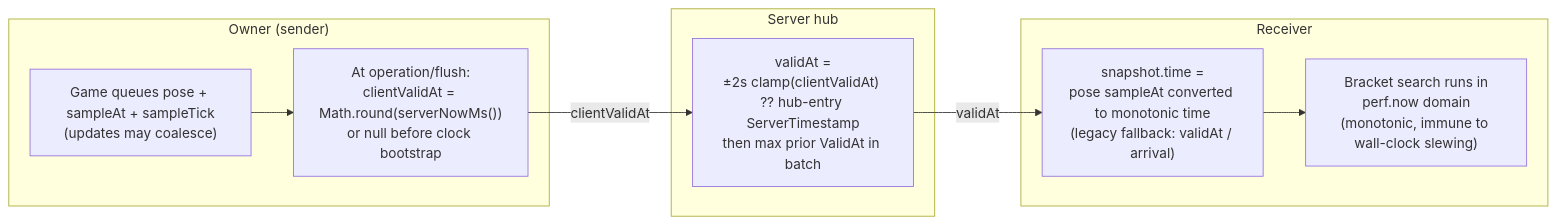
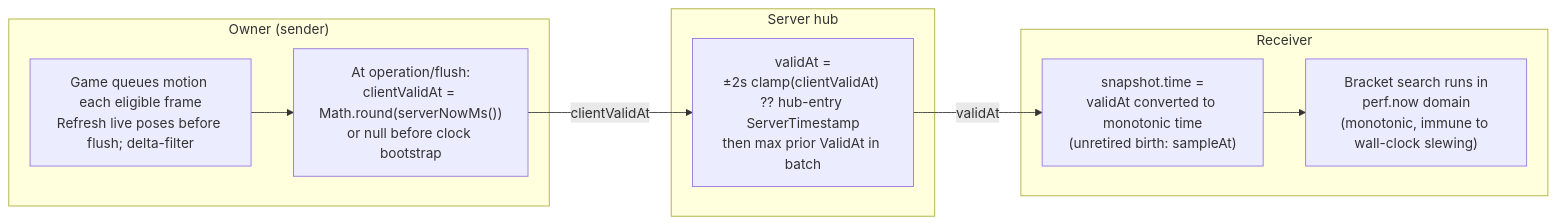
One commit to badvoidstar/astervoids changed diagram 24 of 36 in ARCHITECTURE.md. Above: the diagram before and after it, drawn with Mermaid. The commit also changed other lines of this file and 10 other files, not shown here.

Commit message:
Restore compact recurring payloads and refresh queued motion at flush

````diff
--- a/ARCHITECTURE.md
+++ b/ARCHITECTURE.md
@@ -1112,21 +1124,21 @@
 ```mermaid
 flowchart LR
     subgraph "Owner (sender)"
-        QUEUE["Game queues pose + sampleAt + sampleTick<br/>(updates may coalesce)"]
+        QUEUE["Game queues motion each eligible frame<br/>Refresh live poses before flush; delta-filter"]
         STAMP["At operation/flush:<br/>clientValidAt = Math.round(serverNowMs())<br/>or null before clock bootstrap"]
         QUEUE --> STAMP
     end
 
     subgraph "Server hub"
         CLAMP["validAt =<br/>±2s clamp(clientValidAt) ?? hub-entry ServerTimestamp<br/>then max prior ValidAt in batch"]
     end
 
     subgraph "Receiver"
-        CONV["snapshot.time =<br/>pose sampleAt converted to monotonic time<br/>(legacy fallback: validAt / arrival)"]
+        CONV["snapshot.time =<br/>validAt converted to monotonic time<br/>(unretired birth: sampleAt)"]
         BRACKET["Bracket search runs in<br/>perf.now domain<br/>(monotonic, immune to wall-clock slewing)"]
         CONV --> BRACKET
     end
 
     STAMP -->|"clientValidAt"| CLAMP
     CLAMP -->|"validAt"| CONV
 ```
````
